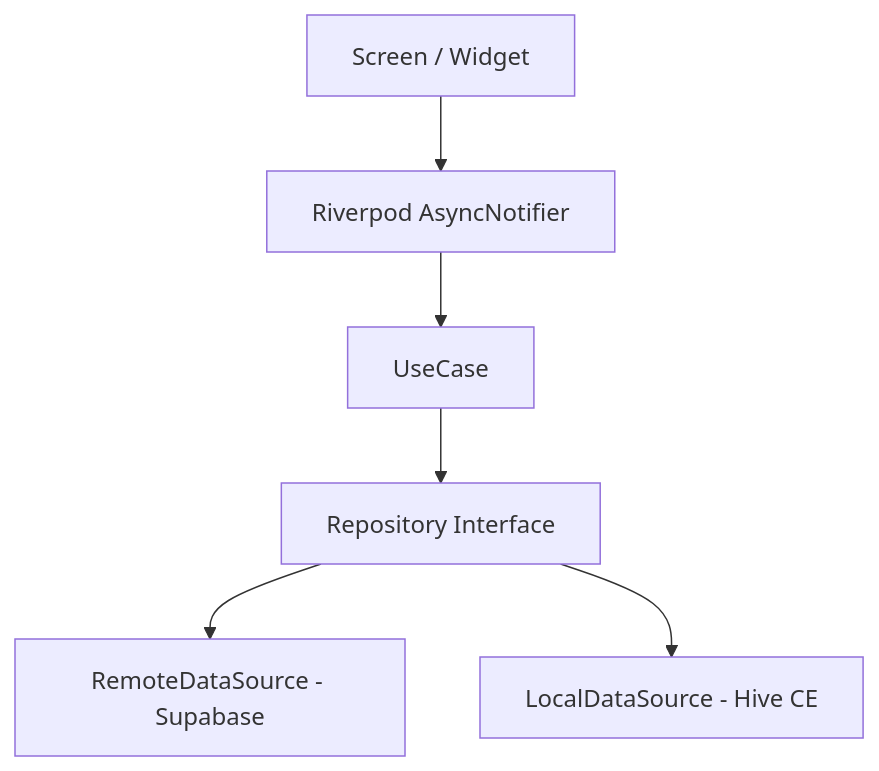
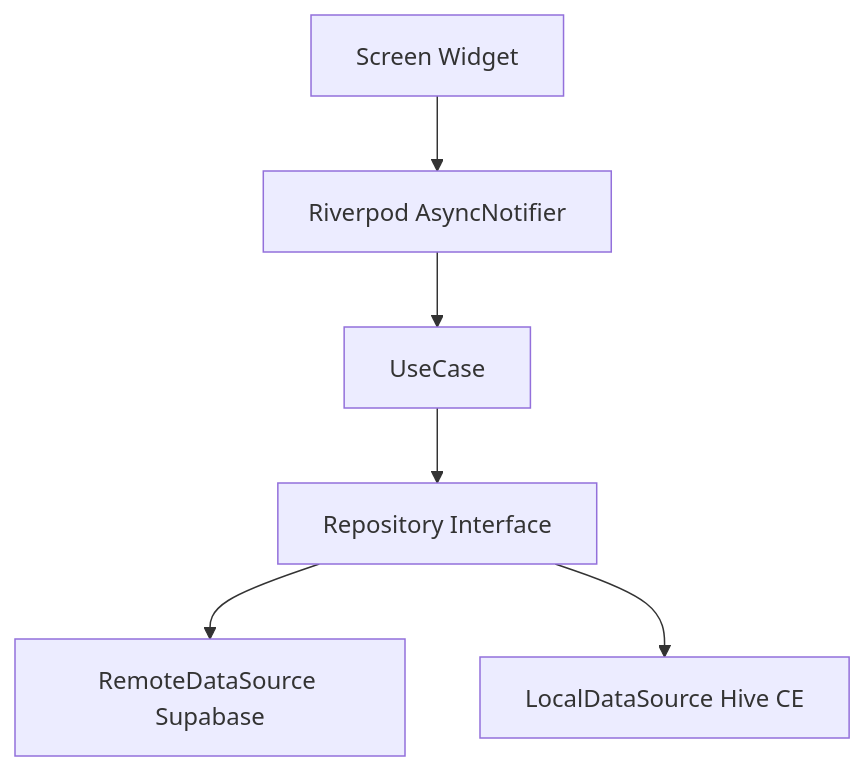
One commit to kaywalker91/LinkNote changed the diagram in README.ko.md. Above: the diagram before and after it, drawn with Mermaid. The commit also changed 4 other files, not shown here.

First line of the commit message:
fix(docs,test): README Mermaid 렌더링 오류 수정 + 통합 테스트 타임아웃 해결

````diff
--- a/README.ko.md
+++ b/README.ko.md
@@ -49,8 +49,8 @@
 ```mermaid
-graph TD
-    Screen["Screen / Widget"] --> Notifier["Riverpod AsyncNotifier"]
-    Notifier --> UseCase["UseCase"]
-    UseCase --> Repository["Repository Interface"]
-    Repository --> Remote["RemoteDataSource - Supabase"]
-    Repository --> Local["LocalDataSource - Hive CE"]
+flowchart TD
+    Screen[Screen Widget] --> Notifier[Riverpod AsyncNotifier]
+    Notifier --> UseCase[UseCase]
+    UseCase --> Repository[Repository Interface]
+    Repository --> Remote[RemoteDataSource Supabase]
+    Repository --> Local[LocalDataSource Hive CE]
 ```
````
